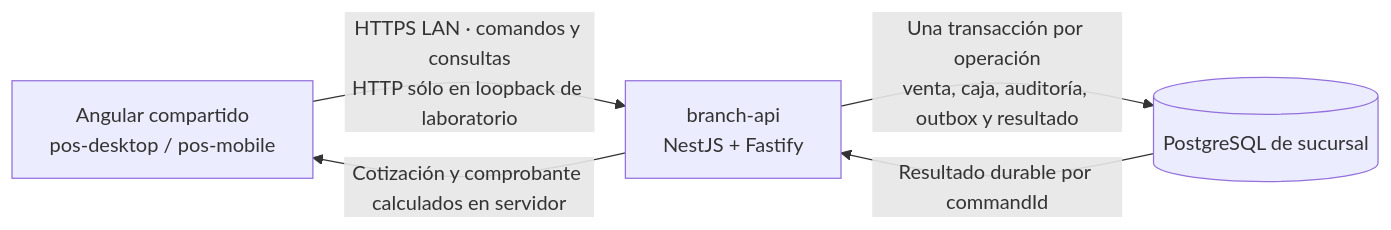
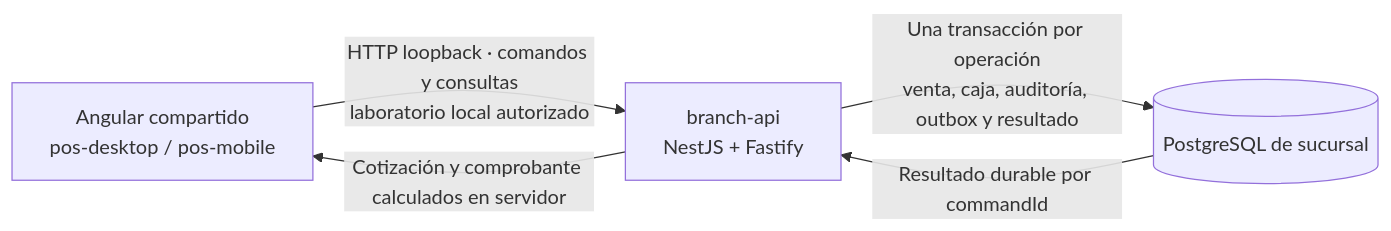
Before and after one commit to developer-implementos/pos-docs: the diagram in docs/phase-1-laboratory.md, drawn with Mermaid. The commit also changed other lines of this file and 1 other file, not shown here.

Commit message:
docs: make the laboratory loopback boundary explicit
Refs https://github.com/developer-implementos/pos-platform/issues/13. HTTPS LAN remains a future deployment profile with its own operational gates.

````diff
--- a/docs/phase-1-laboratory.md
+++ b/docs/phase-1-laboratory.md
@@ -9,10 +9,10 @@
 ```mermaid
 flowchart LR
   UI[Angular compartido<br/>pos-desktop / pos-mobile]
   API[branch-api<br/>NestJS + Fastify]
   DB[(PostgreSQL de sucursal)]
-  UI -->|HTTPS LAN · comandos y consultas<br/>HTTP sólo en loopback de laboratorio| API
+  UI -->|HTTP loopback · comandos y consultas<br/>laboratorio local autorizado| API
   API -->|Una transacción por operación<br/>venta, caja, auditoría, outbox y resultado| DB
   DB -->|Resultado durable por commandId| API
   API -->|Cotización y comprobante calculados en servidor| UI
 ```
````
